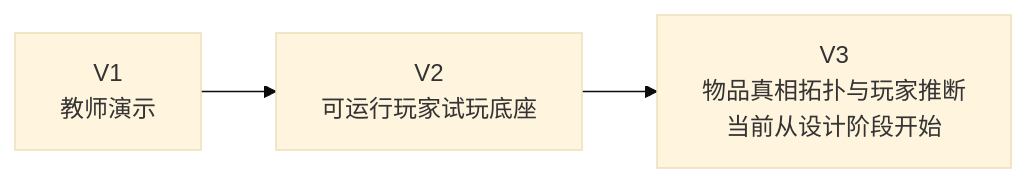
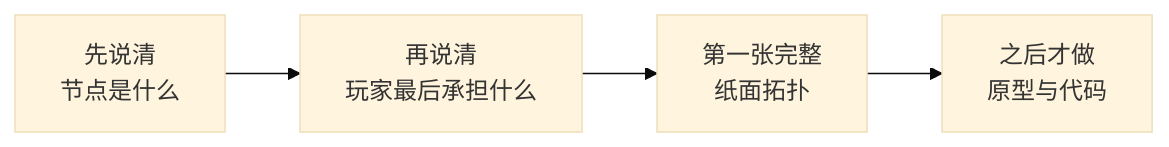
Before and after one commit to NomuTsuki/zhangyan: the diagram in docs/project/overview/00-START-HERE.md, drawn with Mermaid (base theme). The commit also changed other lines of this file and 23 other files, not shown here.

````diff
--- a/docs/project/overview/00-START-HERE.md
+++ b/docs/project/overview/00-START-HERE.md
@@ -17,5 +27,6 @@
 ```mermaid
 flowchart LR
-    V1["V1<br/>教师演示"] --> V2["V2<br/>可运行玩家试玩底座"]
-    V2 --> V3["V3<br/>物品真相拓扑与玩家推断<br/>当前从设计阶段开始"]
+    A["先说清<br/>节点是什么"] --> B["再说清<br/>玩家最后承担什么"]
+    B --> C["第一张完整<br/>纸面拓扑"]
+    C --> D["之后才做<br/>原型与代码"]
 ```
````
